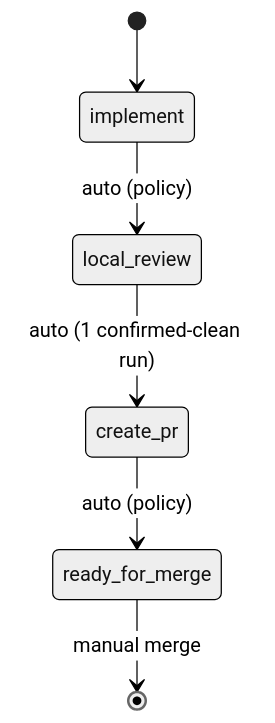
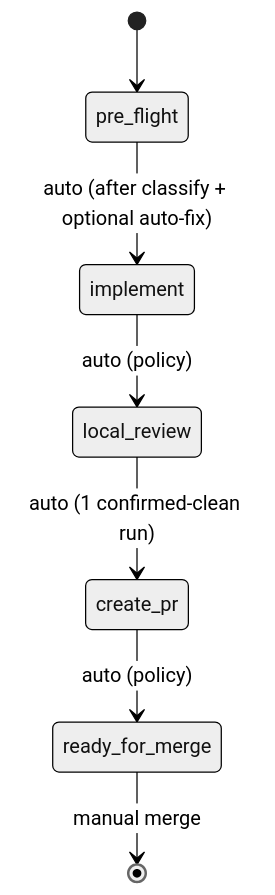
The diagram in plugins/onex/skills/ticket-pipeline/SKILL.md (OmniNode-ai/omniclaude), drawn with Mermaid (neutral theme) before and after one commit. The commit also changed other lines of this file and 1 other file, not shown here.

First line of the commit message:
[OMN-2520] feat(ticket-pipeline): Phase 0 pre-flight (detect + classify pre-existing issues) (#234)

````diff
--- a/plugins/onex/skills/ticket-pipeline/SKILL.md
+++ b/plugins/onex/skills/ticket-pipeline/SKILL.md
@@ -49,8 +49,9 @@
 ```mermaid
 stateDiagram-v2
-    [*] --> implement
+    [*] --> pre_flight
+    pre_flight --> implement : auto (after classify + optional auto-fix)
     implement --> local_review : auto (policy)
     local_review --> create_pr : auto (1 confirmed-clean run)
     create_pr --> ready_for_merge : auto (policy)
     ready_for_merge --> [*] : manual merge
 ```
````
